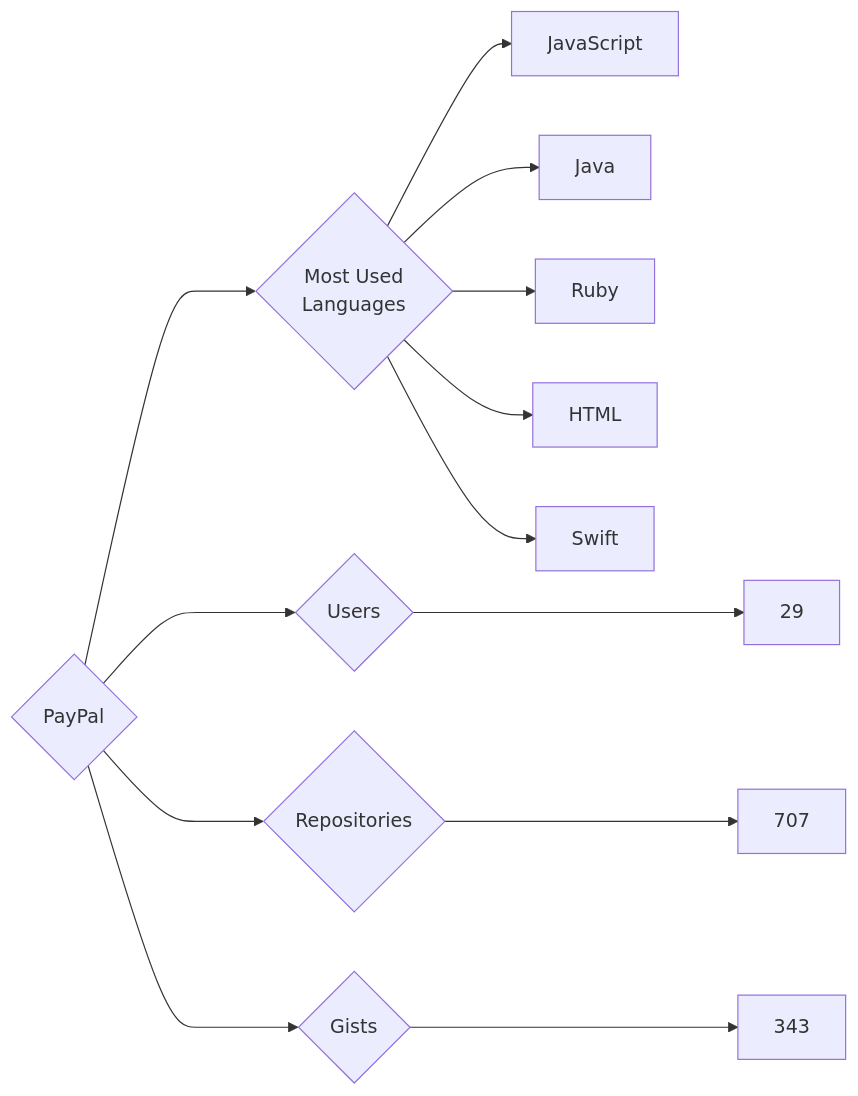
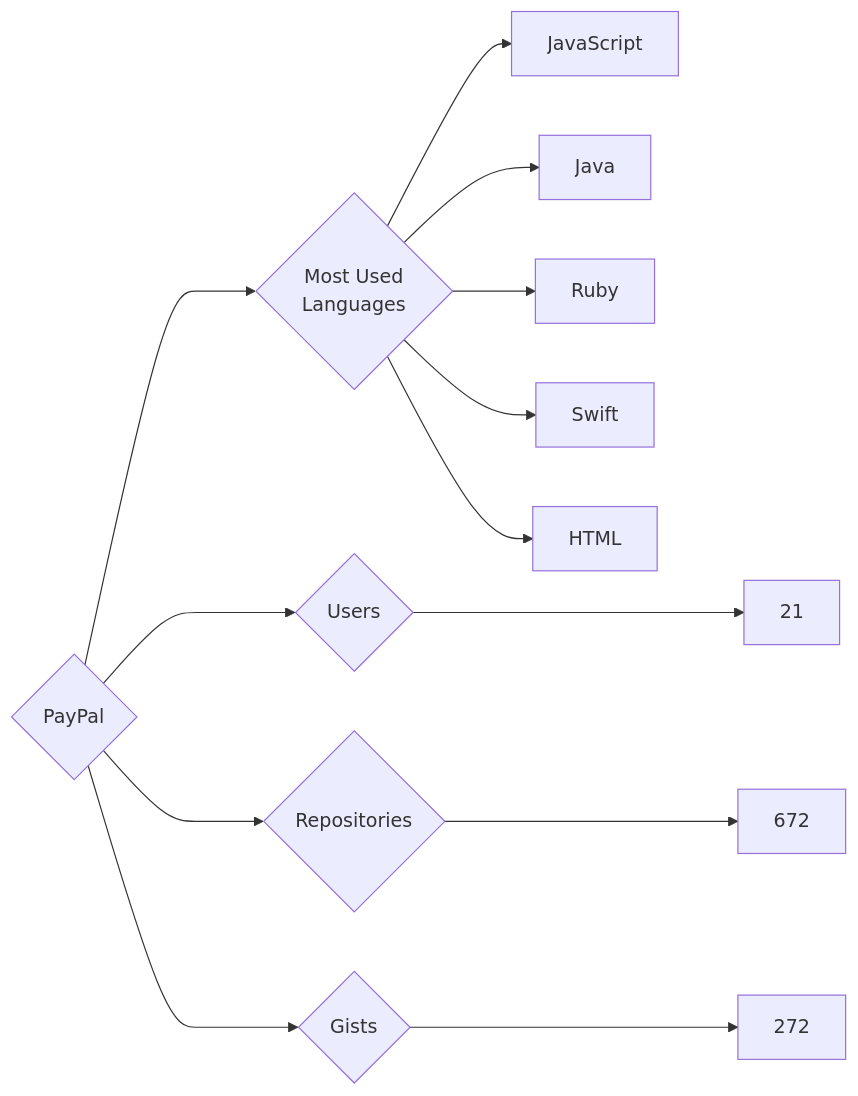
The diagram in targets/PayPal/README.md (trickest/insiders), drawn with Mermaid before and after one commit. The commit also changed 794 other files, not shown here.

````diff
--- a/targets/PayPal/README.md
+++ b/targets/PayPal/README.md
@@ -3,13 +3,13 @@
 ```mermaid
 graph LR
 COMPANY_NAME{PayPal}
-COMPANY_NAME ---> U{Users} ---> UN[29]
-COMPANY_NAME ---> R{Repositories} ---> RN[707]
-COMPANY_NAME ---> G{Gists} ---> GN[343]
+COMPANY_NAME ---> U{Users} ---> UN[21]
+COMPANY_NAME ---> R{Repositories} ---> RN[672]
+COMPANY_NAME ---> G{Gists} ---> GN[272]
 COMPANY_NAME ---> ML{Most Used<br>Languages}
 ML --> JavaScript[JavaScript]
 ML --> Java[Java]
 ML --> Ruby[Ruby]
+ML --> Swift[Swift]
 ML --> HTML[HTML]
-ML --> Swift[Swift]
 ```
````
